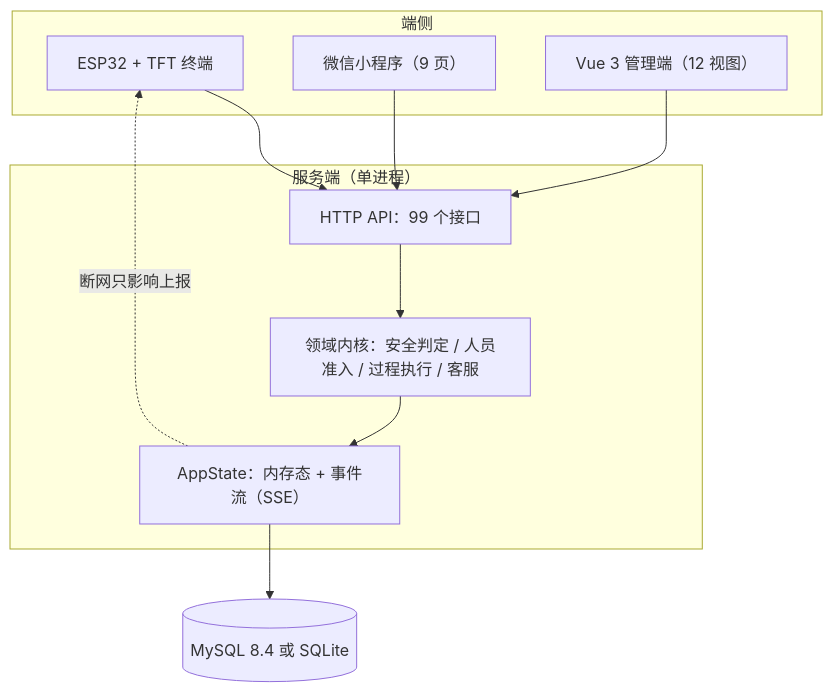
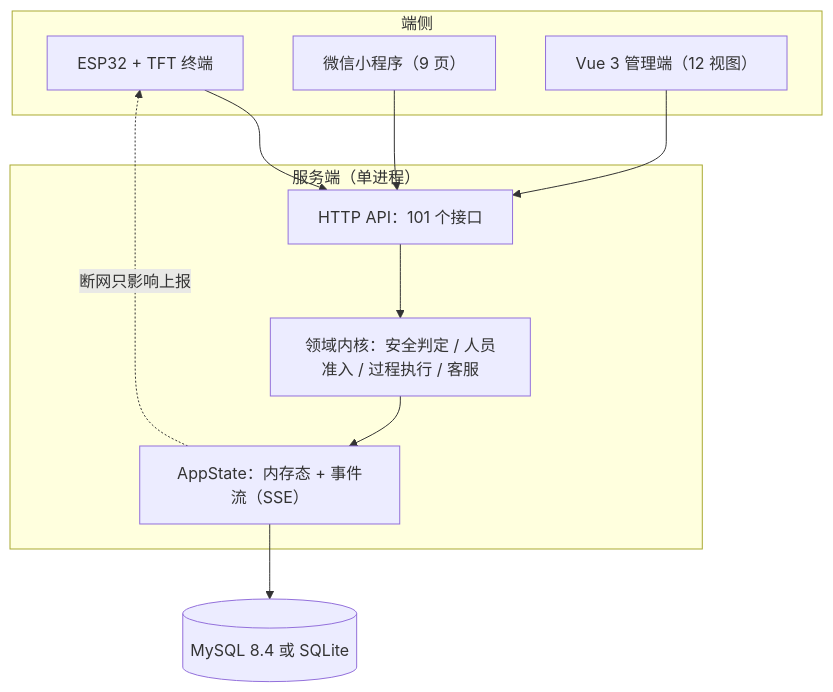
One commit to czm668/kitchen-system changed the diagram in README.md. Above: the diagram before and after it, drawn with Mermaid. The commit also changed other lines of this file and 9 other files, not shown here.

````diff
--- a/README.md
+++ b/README.md
@@ -31,19 +31,19 @@
 ```mermaid
 flowchart TB
   subgraph E["端侧"]
     ESP["ESP32 + TFT 终端"]
     MP["微信小程序（9 页）"]
     WEB["Vue 3 管理端（12 视图）"]
   end
   subgraph S["服务端（单进程）"]
-    API["HTTP API：99 个接口"]
+    API["HTTP API：101 个接口"]
     CORE["领域内核：安全判定 / 人员准入 / 过程执行 / 客服"]
     ST["AppState：内存态 + 事件流（SSE）"]
   end
   DB[("MySQL 8.4 或 SQLite")]
   ESP --> API
   MP --> API
   WEB --> API
   API --> CORE --> ST --> DB
   ST -.->|断网只影响上报| ESP
 ```
````
